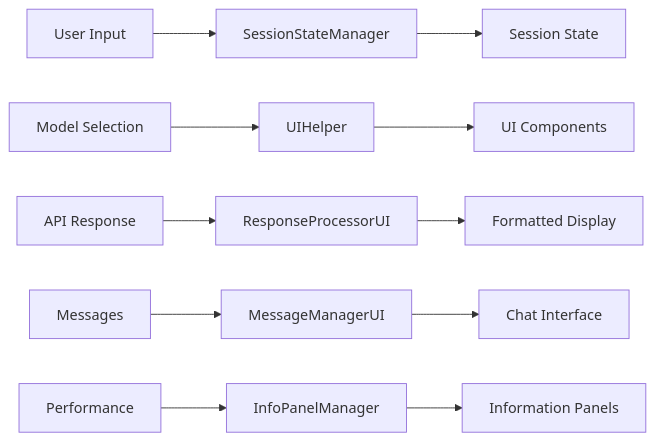
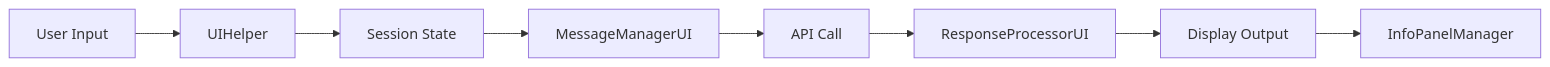
The first of 10 diagrams in doc/helper_st.md (nakashima2toshio/anthropic_api_jp), drawn with Mermaid before and after one commit. The commit also changed other lines of this file and 12 other files, not shown here.

````diff
--- a/doc/helper_st.md
+++ b/doc/helper_st.md
@@ -36,13 +35,10 @@
 ```mermaid
 graph LR
-    A["User Input"] --> B["SessionStateManager"]
-    C["Model Selection"] --> D["UIHelper"]
-    E["API Response"] --> F["ResponseProcessorUI"]
-    G["Messages"] --> H["MessageManagerUI"]
-    I["Performance"] --> J["InfoPanelManager"]
-    B --> K["Session State"]
-    D --> L["UI Components"]
-    F --> M["Formatted Display"]
-    H --> N["Chat Interface"]
-    J --> O["Information Panels"]
+    A["User Input"] --> B["UIHelper"]
+    B --> C["Session State"]
+    C --> D["MessageManagerUI"]
+    D --> E["API Call"]
+    E --> F["ResponseProcessorUI"]
+    F --> G["Display Output"]
+    G --> H["InfoPanelManager"]
 ```
````
